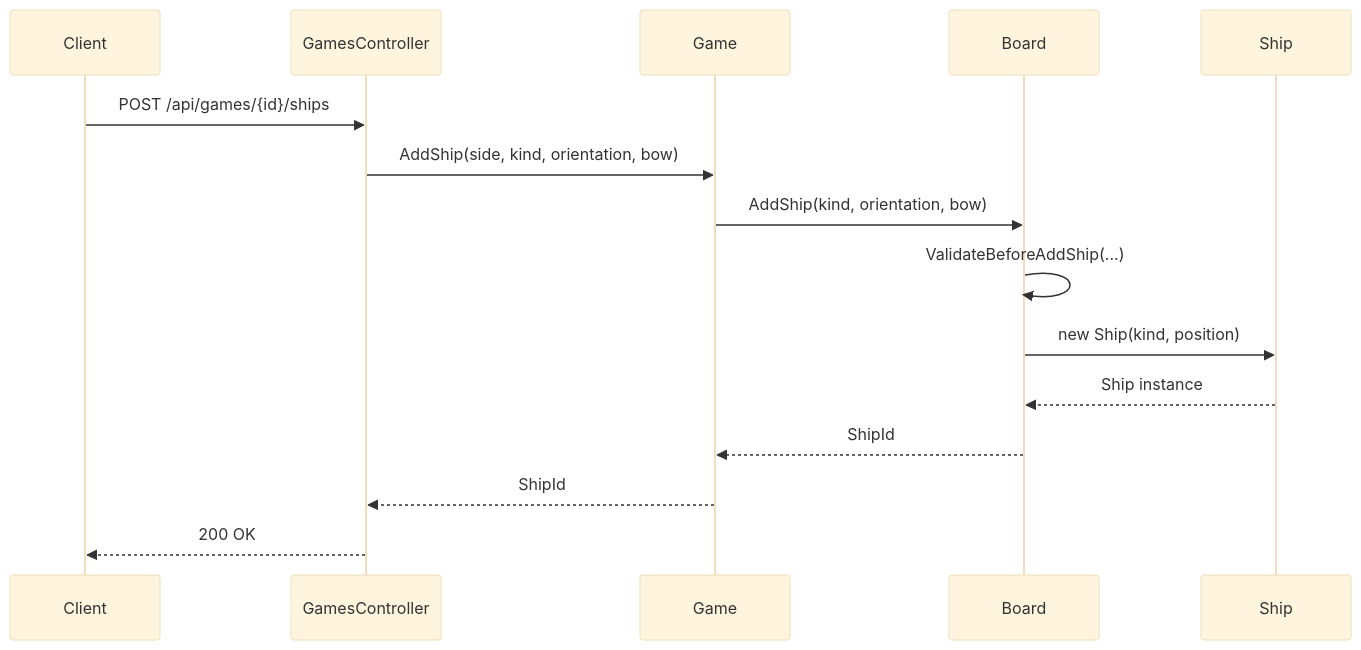
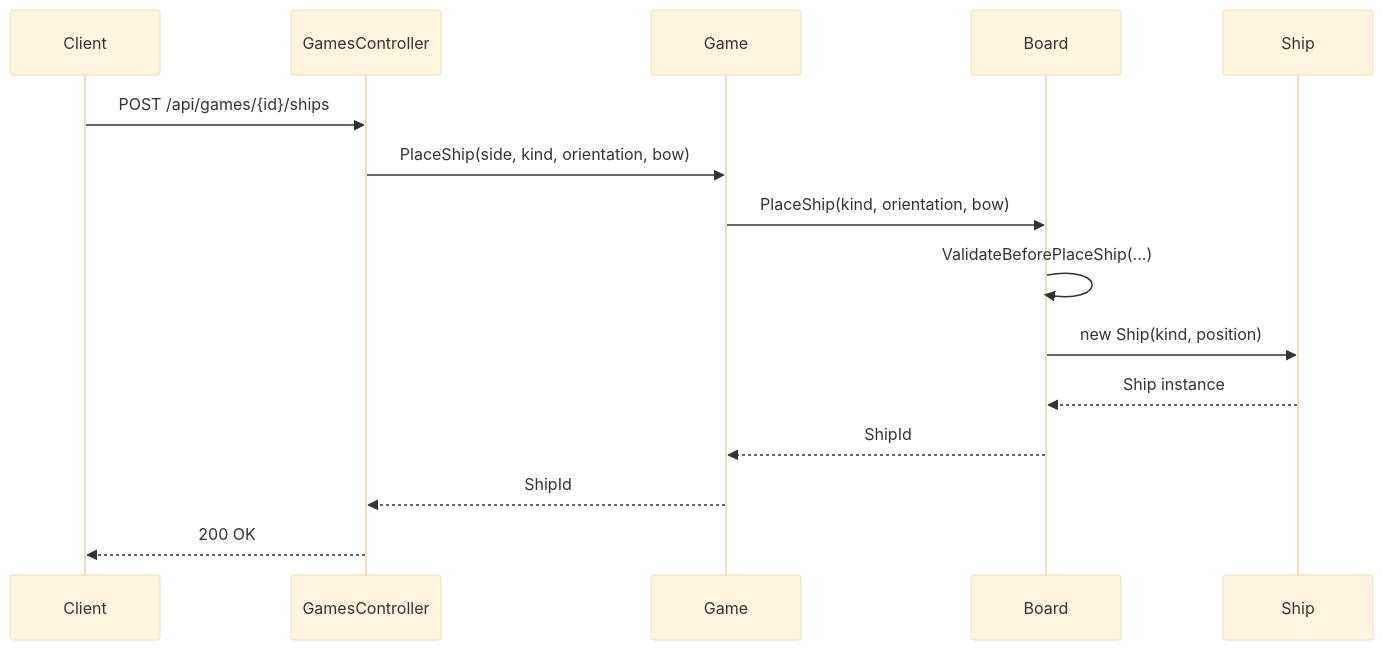
The third of 3 diagrams in docs/architecture.md (wahidshalaly/battleship-game), drawn with Mermaid (base theme) before and after one commit. The commit also changed 38 other files, not shown here.

````diff
--- a/docs/architecture.md
+++ b/docs/architecture.md
@@ -220,18 +220,18 @@
 ```mermaid
 sequenceDiagram
     participant Client
     participant API as GamesController
     participant Domain as Game
     participant Board
     participant Ship
 
     Client->>API: POST /api/games/{id}/ships
-    API->>Domain: AddShip(side, kind, orientation, bow)
-    Domain->>Board: AddShip(kind, orientation, bow)
-    Board->>Board: ValidateBeforeAddShip(...)
+    API->>Domain: PlaceShip(side, kind, orientation, bow)
+    Domain->>Board: PlaceShip(kind, orientation, bow)
+    Board->>Board: ValidateBeforePlaceShip(...)
     Board->>Ship: new Ship(kind, position)
     Ship-->>Board: Ship instance
     Board-->>Domain: ShipId
     Domain-->>API: ShipId
     API-->>Client: 200 OK
 ```
````
